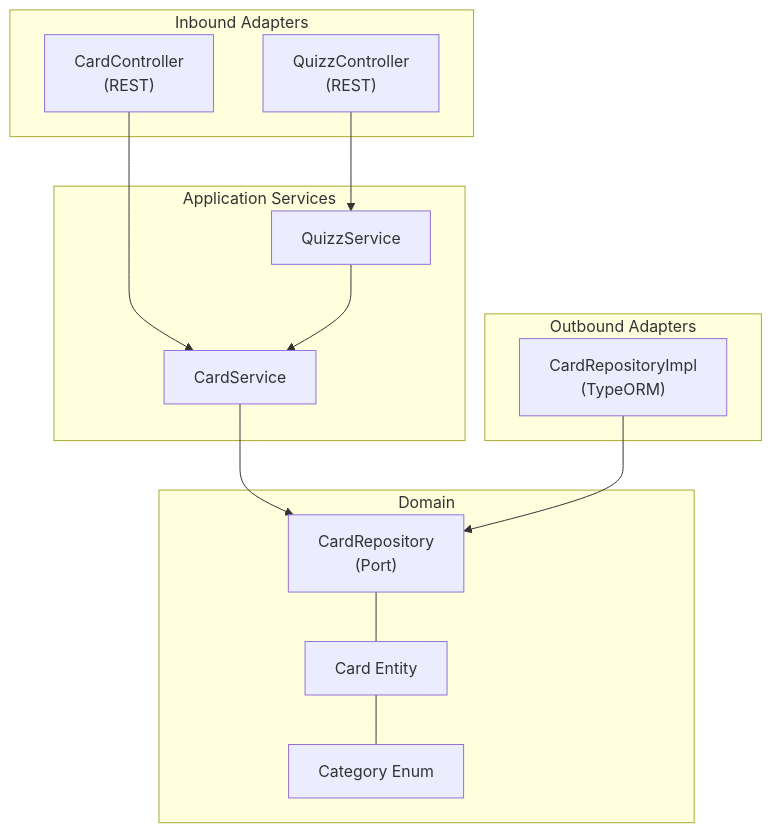
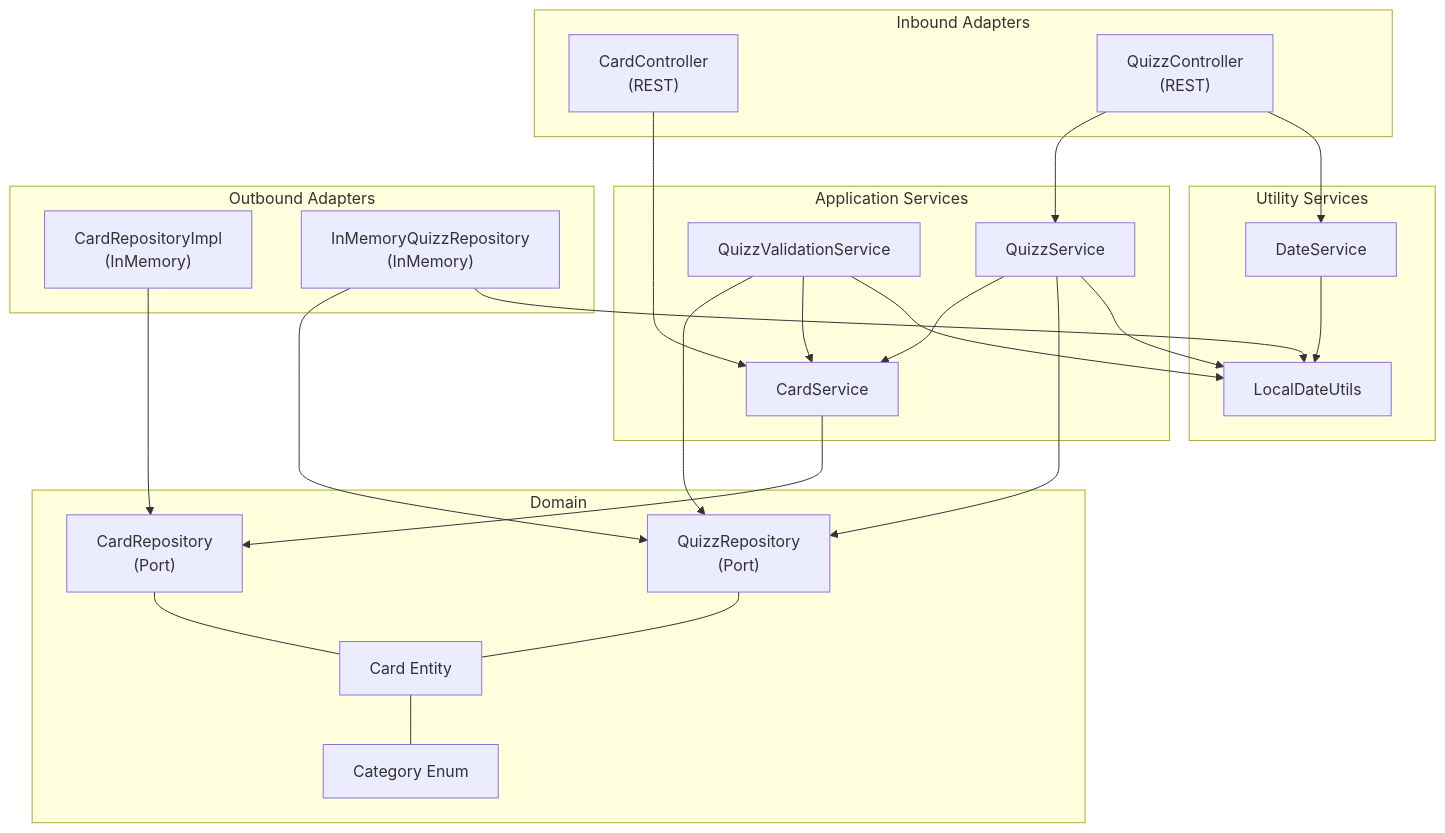
One commit to Mil0w0/anki-remastered-for-cloud changed the diagram in anki-remastered-api/README.md. Above: the diagram before and after it, drawn with Mermaid.

Commit message:
Update archi schema

````diff
--- a/anki-remastered-api/README.md
+++ b/anki-remastered-api/README.md
@@ -73,36 +73,56 @@
 ```mermaid
 flowchart TD
 %% Inbound Adapters (Controllers)
     subgraph Inbound_Adapters [Inbound Adapters]
         CC["CardController<br/>(REST)"]
         QC["QuizzController<br/>(REST)"]
     end
 
 %% Application Services
     subgraph Application_Services [Application Services]
         CS[CardService]
         QS[QuizzService]
+        QVS[QuizzValidationService]
     end
 
 %% Domain Layer (Core Business Logic)
     subgraph Domain [Domain]
         CE[Card Entity]
         CAT[Category Enum]
         CRP["CardRepository<br/>(Port)"]
+        QRP["QuizzRepository<br/>(Port)"]
     end
 
+%% Utility Services
+    subgraph Utils [Utility Services]
+        LU["LocalDateUtils"]
+        DS["DateService"]
+    end
+    
 %% Outbound Adapters (Persistence, etc.)
     subgraph Outbound_Adapters [Outbound Adapters]
-        CRI["CardRepositoryImpl<br/> (TypeORM)"]
+        CRI["CardRepositoryImpl<br/>(InMemory)"]
+        QRI["InMemoryQuizzRepository<br/>(InMemory)"]
     end
-
+    
 %% Connections
     CC --> CS
     QC --> QS
     QS --> CS
+    QS --> QRP
+    QVS --> QRP
+    QVS --> CS
     CS --> CRP
     CRI --> CRP
+    QRI --> QRP
 %% Domain internal relationships
     CRP --- CE
+    QRP --- CE
     CE --- CAT
+%% Utility Connections
+    QS --> LU
+    QVS --> LU
+    QRI --> LU
+    DS --> LU
+    QC --> DS
 ```
````
